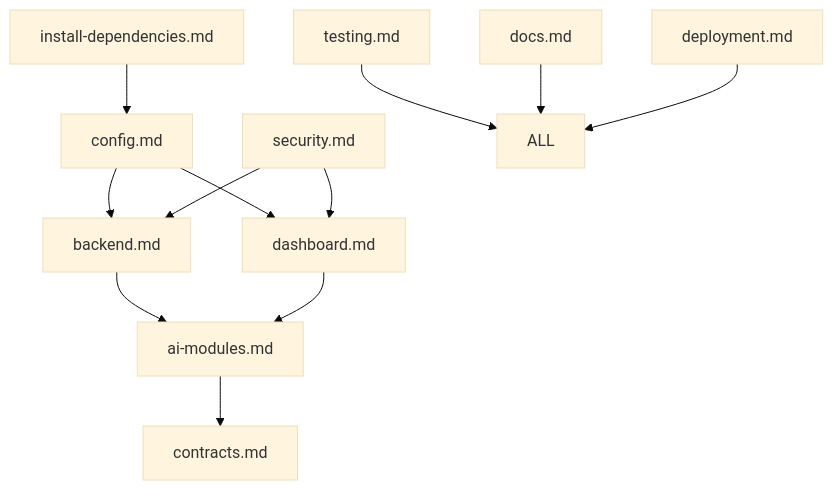
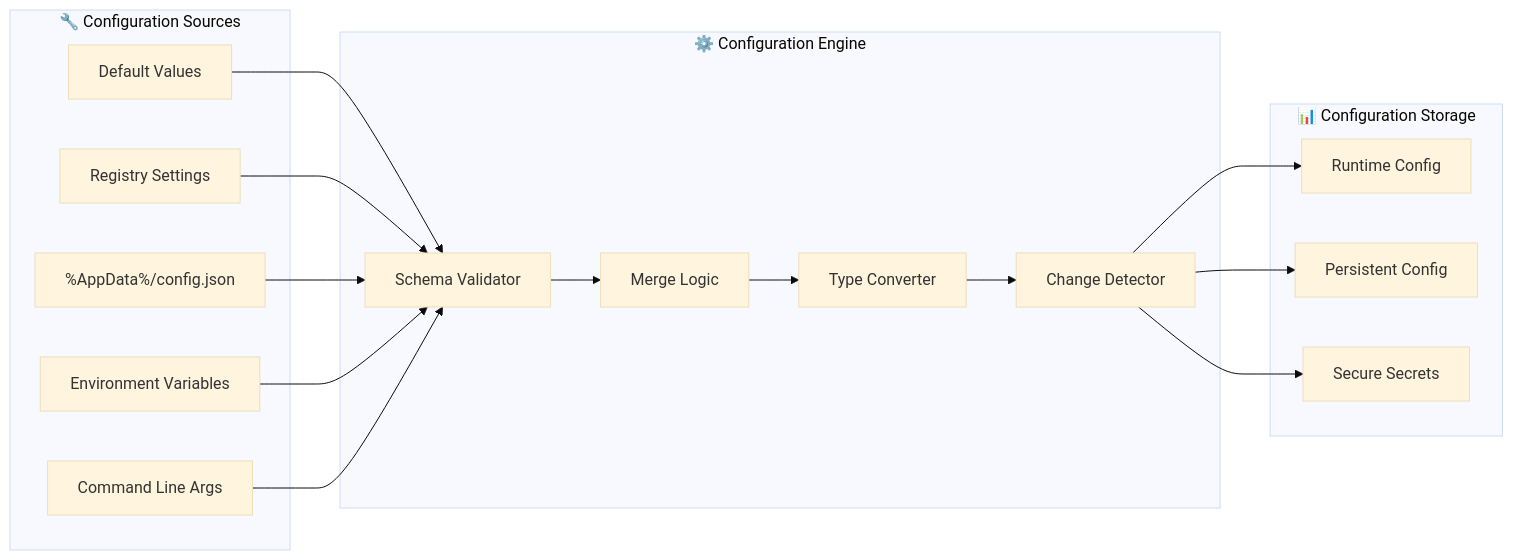
Before and after one commit to pavan53732/Apex-Arbitrage-Multichain-bot-for-windows: the sixth of 14 diagrams in features/README.md, drawn with Mermaid (base theme). The commit also changed other lines of this file, not shown here.

Commit message:
Recreate Features README with expanded diagrams, charts, and comprehensive Windows architecture blueprint

````diff
--- a/features/README.md
+++ b/features/README.md
@@ -75,14 +262,37 @@
 ```mermaid
-graph TD
-    A[install-dependencies.md] --> B[config.md]
-    B --> C[backend.md]
-    B --> D[dashboard.md]
-    C --> E[ai-modules.md]
-    D --> E
-    E --> F[contracts.md]
-    G[security.md] --> C
-    G --> D
-    H[testing.md] --> ALL
-    I[docs.md] --> ALL
-    J[deployment.md] --> ALL
+flowchart LR
+    subgraph "🔧 Configuration Sources"
+        A[Default Values]
+        B[Registry Settings]
+        C[%AppData%/config.json]
+        D[Environment Variables]
+        E[Command Line Args]
+    end
+    
+    subgraph "⚙️ Configuration Engine"
+        F[Schema Validator]
+        G[Merge Logic]
+        H[Type Converter]
+        I[Change Detector]
+    end
+    
+    subgraph "📊 Configuration Storage"
+        J[Runtime Config]
+        K[Persistent Config]
+        L[Secure Secrets]
+    end
+    
+    A --> F
+    B --> F
+    C --> F
+    D --> F
+    E --> F
+    
+    F --> G
+    G --> H
+    H --> I
+    
+    I --> J
+    I --> K
+    I --> L
 ```
````
